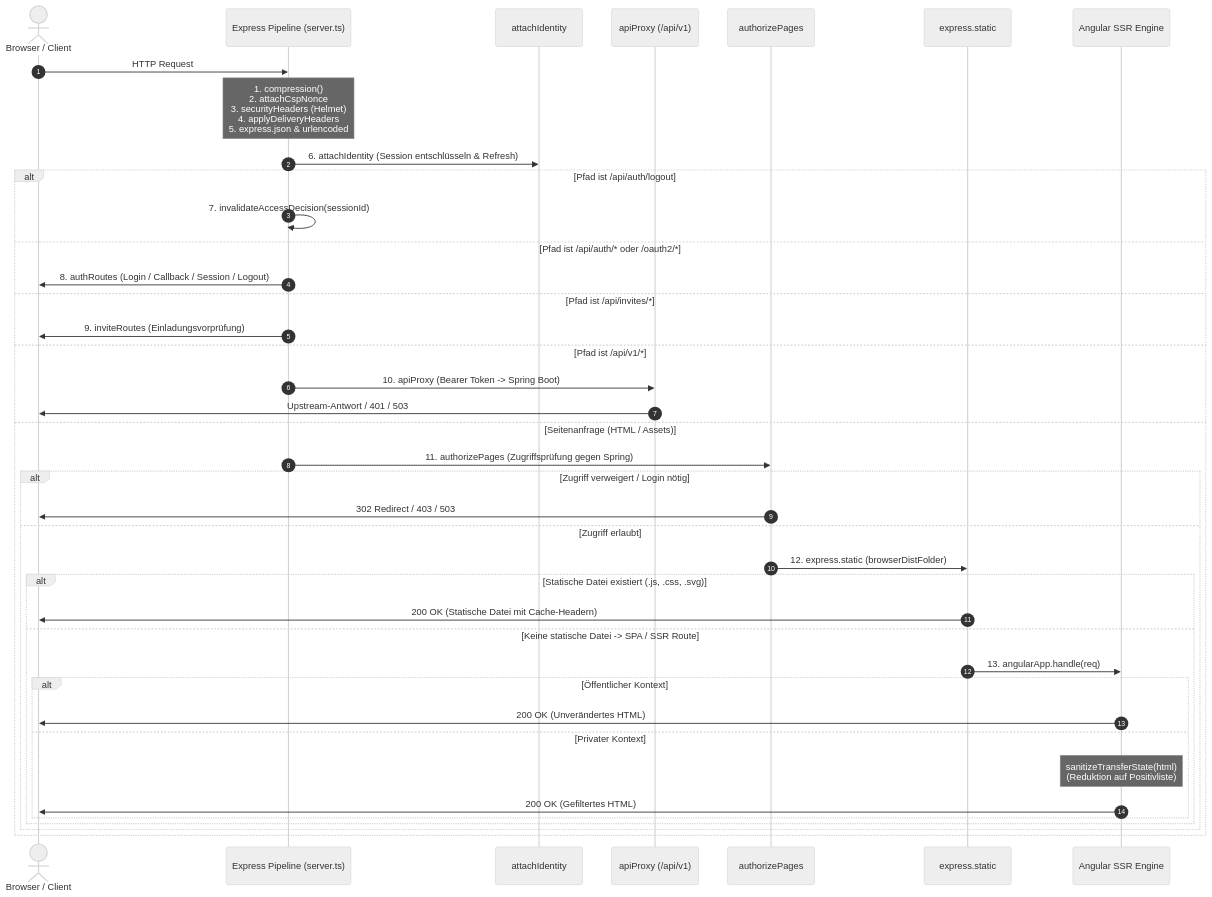
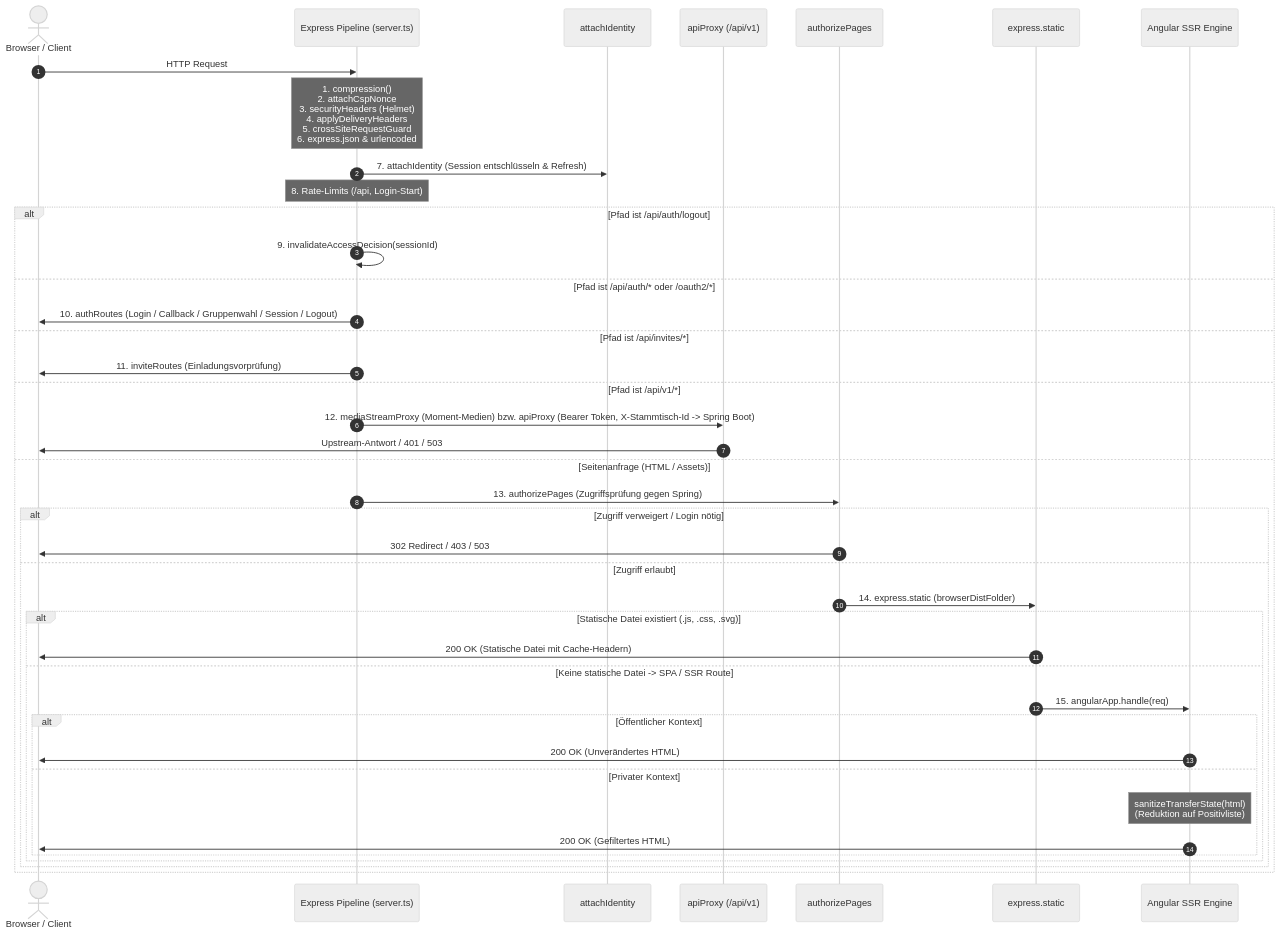
Before and after one commit to damaurer/vereint: the diagram in docs/backend-for-frontend/02-request-pipeline.md, drawn with Mermaid (neutral theme). The commit also changed other lines of this file and 90 other files, not shown here.

````diff
--- a/docs/backend-for-frontend/02-request-pipeline.md
+++ b/docs/backend-for-frontend/02-request-pipeline.md
@@ -11,44 +11,45 @@
 ```mermaid
 sequenceDiagram
   autonumber
   actor Browser as Browser / Client
   participant Pipeline as Express Pipeline (server.ts)
   participant Auth as attachIdentity
   participant Proxy as apiProxy (/api/v1)
   participant Authz as authorizePages
   participant Static as express.static
   participant SSR as Angular SSR Engine
 
   Browser->>Pipeline: HTTP Request
-  Note over Pipeline: 1. compression()<br/>2. attachCspNonce<br/>3. securityHeaders (Helmet)<br/>4. applyDeliveryHeaders<br/>5. express.json & urlencoded
-  Pipeline->>Auth: 6. attachIdentity (Session entschlüsseln & Refresh)
+  Note over Pipeline: 1. compression()<br/>2. attachCspNonce<br/>3. securityHeaders (Helmet)<br/>4. applyDeliveryHeaders<br/>5. crossSiteRequestGuard<br/>6. express.json & urlencoded
+  Pipeline->>Auth: 7. attachIdentity (Session entschlüsseln & Refresh)
+  Note over Pipeline: 8. Rate-Limits (/api, Login-Start)
   
   alt Pfad ist /api/auth/logout
-    Pipeline->>Pipeline: 7. invalidateAccessDecision(sessionId)
+    Pipeline->>Pipeline: 9. invalidateAccessDecision(sessionId)
   else Pfad ist /api/auth/* oder /oauth2/*
-    Pipeline->>Browser: 8. authRoutes (Login / Callback / Session / Logout)
+    Pipeline->>Browser: 10. authRoutes (Login / Callback / Gruppenwahl / Session / Logout)
   else Pfad ist /api/invites/*
-    Pipeline->>Browser: 9. inviteRoutes (Einladungsvorprüfung)
+    Pipeline->>Browser: 11. inviteRoutes (Einladungsvorprüfung)
   else Pfad ist /api/v1/*
-    Pipeline->>Proxy: 10. apiProxy (Bearer Token -> Spring Boot)
+    Pipeline->>Proxy: 12. mediaStreamProxy (Moment-Medien) bzw. apiProxy (Bearer Token, X-Stammtisch-Id -> Spring Boot)
     Proxy->>Browser: Upstream-Antwort / 401 / 503
   else Seitenanfrage (HTML / Assets)
-    Pipeline->>Authz: 11. authorizePages (Zugriffsprüfung gegen Spring)
+    Pipeline->>Authz: 13. authorizePages (Zugriffsprüfung gegen Spring)
     alt Zugriff verweigert / Login nötig
       Authz->>Browser: 302 Redirect / 403 / 503
     else Zugriff erlaubt
-      Authz->>Static: 12. express.static (browserDistFolder)
+      Authz->>Static: 14. express.static (browserDistFolder)
       alt Statische Datei existiert (.js, .css, .svg)
         Static->>Browser: 200 OK (Statische Datei mit Cache-Headern)
       else Keine statische Datei -> SPA / SSR Route
-        Static->>SSR: 13. angularApp.handle(req)
+        Static->>SSR: 15. angularApp.handle(req)
         alt Öffentlicher Kontext
           SSR->>Browser: 200 OK (Unverändertes HTML)
         else Privater Kontext
           Note over SSR: sanitizeTransferState(html)<br/>(Reduktion auf Positivliste)
           SSR->>Browser: 200 OK (Gefiltertes HTML)
         end
       end
     end
   end
 ```
````
